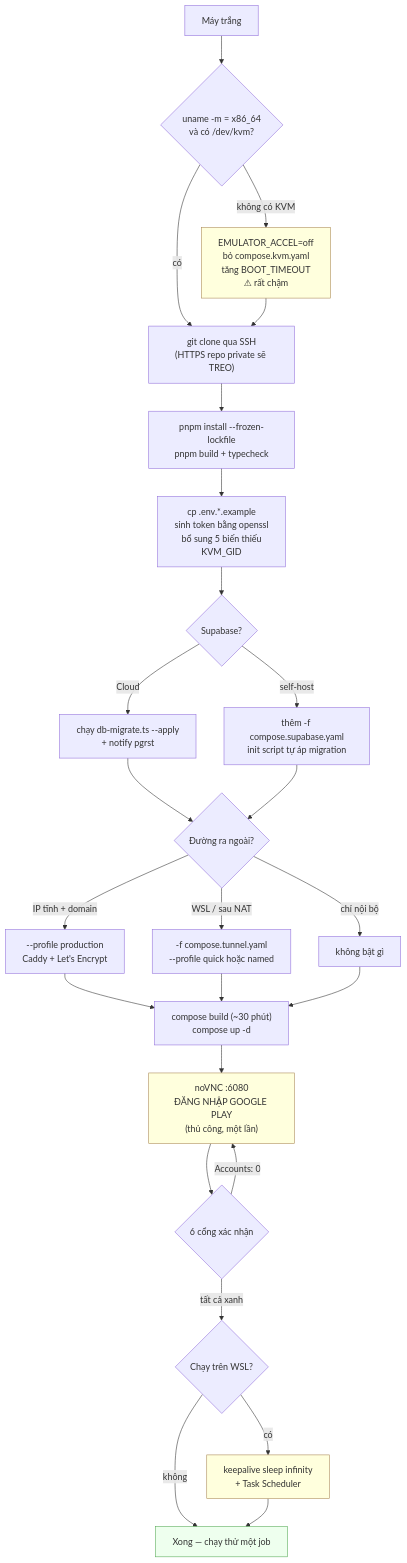
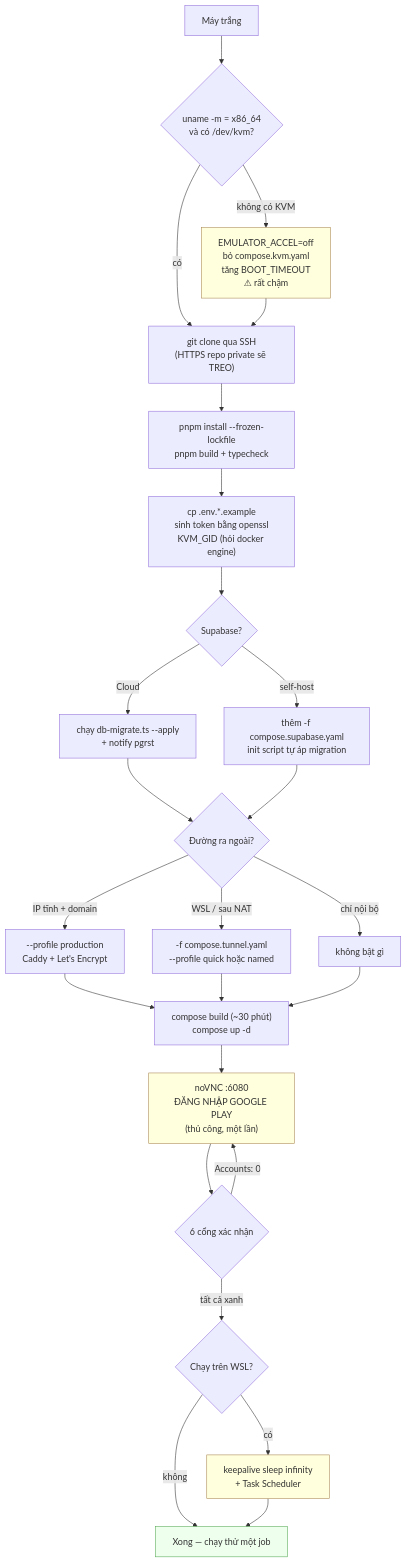
The diagram in docs/kick-start.md (daclong120-del/app-relay), drawn with Mermaid before and after one commit. The commit also changed other lines of this file and 8 other files, not shown here.

````diff
--- a/docs/kick-start.md
+++ b/docs/kick-start.md
@@ -312,42 +299,42 @@
 ```mermaid
 flowchart TD
     S["Máy trắng"] --> K{"uname -m = x86_64<br/>và có /dev/kvm?"}
 
     K -->|"không có KVM"| KO["EMULATOR_ACCEL=off<br/>bỏ compose.kvm.yaml<br/>tăng BOOT_TIMEOUT<br/>⚠ rất chậm"]
     K -->|"có"| C["git clone qua SSH<br/>(HTTPS repo private sẽ TREO)"]
     KO --> C
 
     C --> I["pnpm install --frozen-lockfile<br/>pnpm build + typecheck"]
-    I --> E["cp .env.*.example<br/>sinh token bằng openssl<br/>bổ sung 5 biến thiếu<br/>KVM_GID"]
+    I --> E["cp .env.*.example<br/>sinh token bằng openssl<br/>KVM_GID (hỏi docker engine)"]
 
     E --> SB{"Supabase?"}
     SB -->|"Cloud"| M["chạy db-migrate.ts --apply<br/>+ notify pgrst"]
     SB -->|"self-host"| M2["thêm -f compose.supabase.yaml<br/>init script tự áp migration"]
 
     M --> NET
     M2 --> NET
 
     NET{"Đường ra ngoài?"}
     NET -->|"IP tĩnh + domain"| CA["--profile production<br/>Caddy + Let's Encrypt"]
     NET -->|"WSL / sau NAT"| TU["-f compose.tunnel.yaml<br/>--profile quick hoặc named"]
     NET -->|"chỉ nội bộ"| LO["không bật gì"]
 
     CA --> B
     TU --> B
     LO --> B
 
     B["compose build (~30 phút)<br/>compose up -d"]
     B --> V["noVNC :6080<br/>ĐĂNG NHẬP GOOGLE PLAY<br/>(thủ công, một lần)"]
     V --> G{"6 cổng xác nhận"}
     G -->|"Accounts: 0"| V
     G -->|"tất cả xanh"| W{"Chạy trên WSL?"}
 
     W -->|"có"| KA["keepalive sleep infinity<br/>+ Task Scheduler"]
     W -->|"không"| OK
     KA --> OK["Xong — chạy thử một job"]
 
     classDef warn fill:#ffd,stroke:#a85
     classDef good fill:#efe,stroke:#5a5
     class KO,V,KA warn
     class OK good
 ```
````
